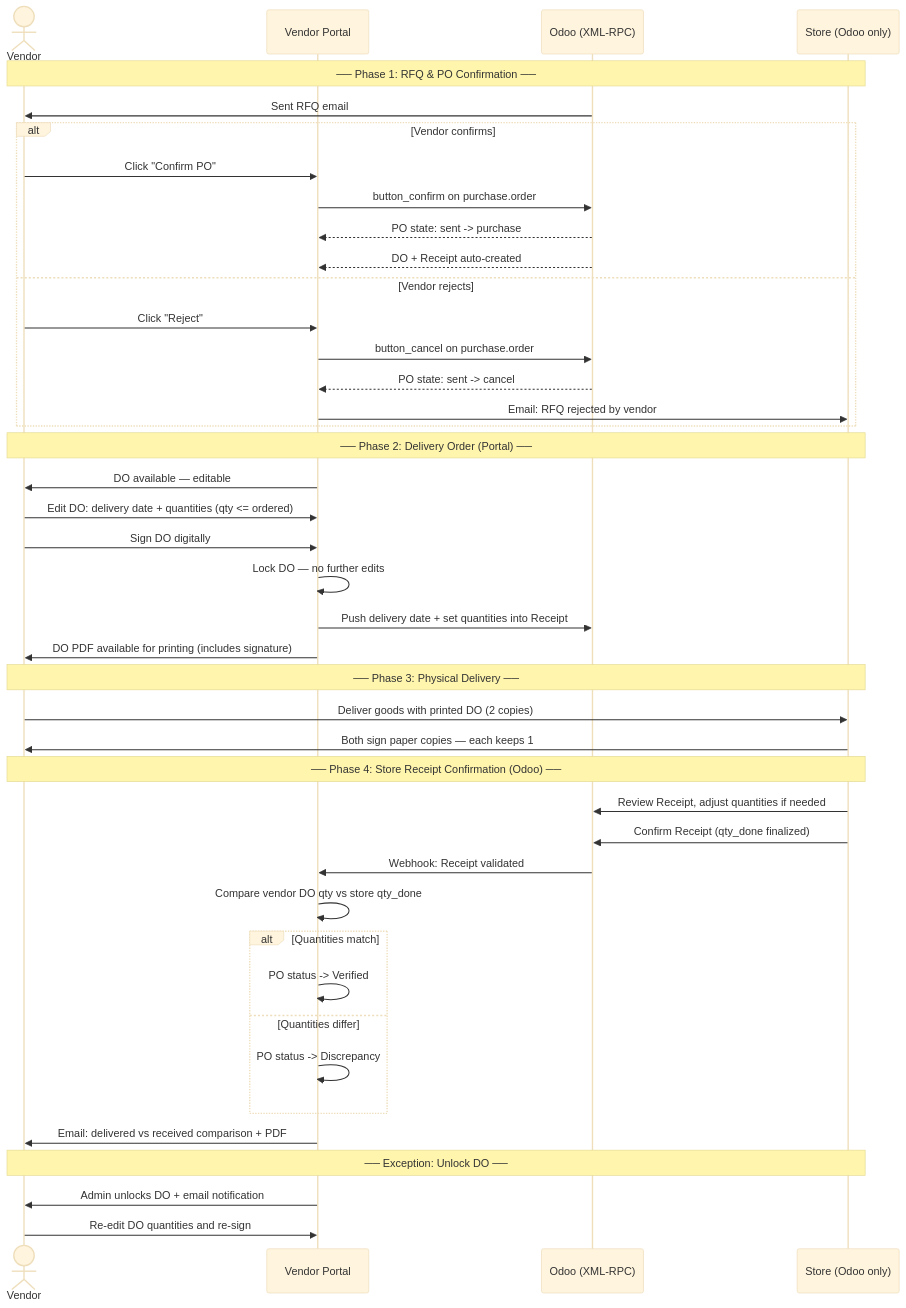
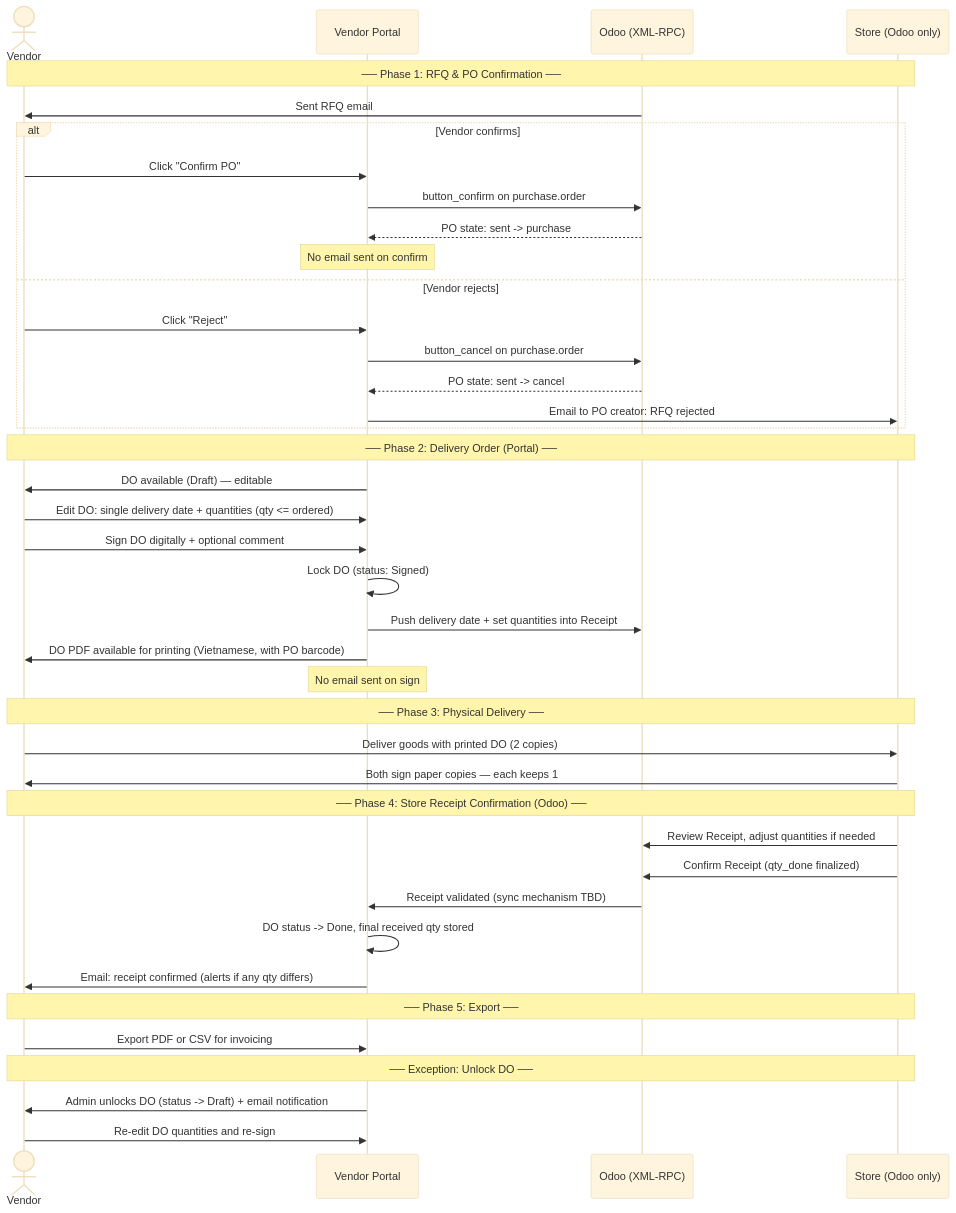
One commit to ngohuuduc/3S_vendor_portal changed the third of 4 diagrams in PROCESS_FLOW.md. Above: the diagram before and after it, drawn with Mermaid (base theme). The commit also changed other lines of this file and 1 other file, not shown here.

First line of the commit message:
Update specs with Round 3 decisions: simplified statuses, DO PDF spec, returns, export

````diff
--- a/PROCESS_FLOW.md
+++ b/PROCESS_FLOW.md
@@ -113,49 +114,48 @@
 ```mermaid
 sequenceDiagram
     actor Vendor
     participant Portal as Vendor Portal
     participant Odoo as Odoo (XML-RPC)
     participant Store as Store (Odoo only)
 
     Note over Vendor,Store: ── Phase 1: RFQ & PO Confirmation ──
     Odoo->>Vendor: Sent RFQ email
     alt Vendor confirms
         Vendor->>Portal: Click "Confirm PO"
         Portal->>Odoo: button_confirm on purchase.order
         Odoo-->>Portal: PO state: sent -> purchase
-        Odoo-->>Portal: DO + Receipt auto-created
+        Note over Portal: No email sent on confirm
     else Vendor rejects
         Vendor->>Portal: Click "Reject"
         Portal->>Odoo: button_cancel on purchase.order
         Odoo-->>Portal: PO state: sent -> cancel
-        Portal->>Store: Email: RFQ rejected by vendor
+        Portal->>Store: Email to PO creator: RFQ rejected
     end
 
     Note over Vendor,Store: ── Phase 2: Delivery Order (Portal) ──
-    Portal->>Vendor: DO available — editable
-    Vendor->>Portal: Edit DO: delivery date + quantities (qty <= ordered)
-    Vendor->>Portal: Sign DO digitally
-    Portal->>Portal: Lock DO — no further edits
+    Portal->>Vendor: DO available (Draft) — editable
+    Vendor->>Portal: Edit DO: single delivery date + quantities (qty <= ordered)
+    Vendor->>Portal: Sign DO digitally + optional comment
+    Portal->>Portal: Lock DO (status: Signed)
     Portal->>Odoo: Push delivery date + set quantities into Receipt
-    Portal->>Vendor: DO PDF available for printing (includes signature)
+    Portal->>Vendor: DO PDF available for printing (Vietnamese, with PO barcode)
+    Note over Portal: No email sent on sign
 
     Note over Vendor,Store: ── Phase 3: Physical Delivery ──
     Vendor->>Store: Deliver goods with printed DO (2 copies)
     Store->>Vendor: Both sign paper copies — each keeps 1
 
     Note over Vendor,Store: ── Phase 4: Store Receipt Confirmation (Odoo) ──
     Store->>Odoo: Review Receipt, adjust quantities if needed
     Store->>Odoo: Confirm Receipt (qty_done finalized)
-    Odoo->>Portal: Webhook: Receipt validated
-    Portal->>Portal: Compare vendor DO qty vs store qty_done
-    alt Quantities match
-        Portal->>Portal: PO status -> Verified
-    else Quantities differ
-        Portal->>Portal: PO status -> Discrepancy
-    end
-    Portal->>Vendor: Email: delivered vs received comparison + PDF
+    Odoo->>Portal: Receipt validated (sync mechanism TBD)
+    Portal->>Portal: DO status -> Done, final received qty stored
+    Portal->>Vendor: Email: receipt confirmed (alerts if any qty differs)
+
+    Note over Vendor,Store: ── Phase 5: Export ──
+    Vendor->>Portal: Export PDF or CSV for invoicing
 
     Note over Vendor,Store: ── Exception: Unlock DO ──
-    Portal->>Vendor: Admin unlocks DO + email notification
+    Portal->>Vendor: Admin unlocks DO (status -> Draft) + email notification
     Vendor->>Portal: Re-edit DO quantities and re-sign
 ```
````
